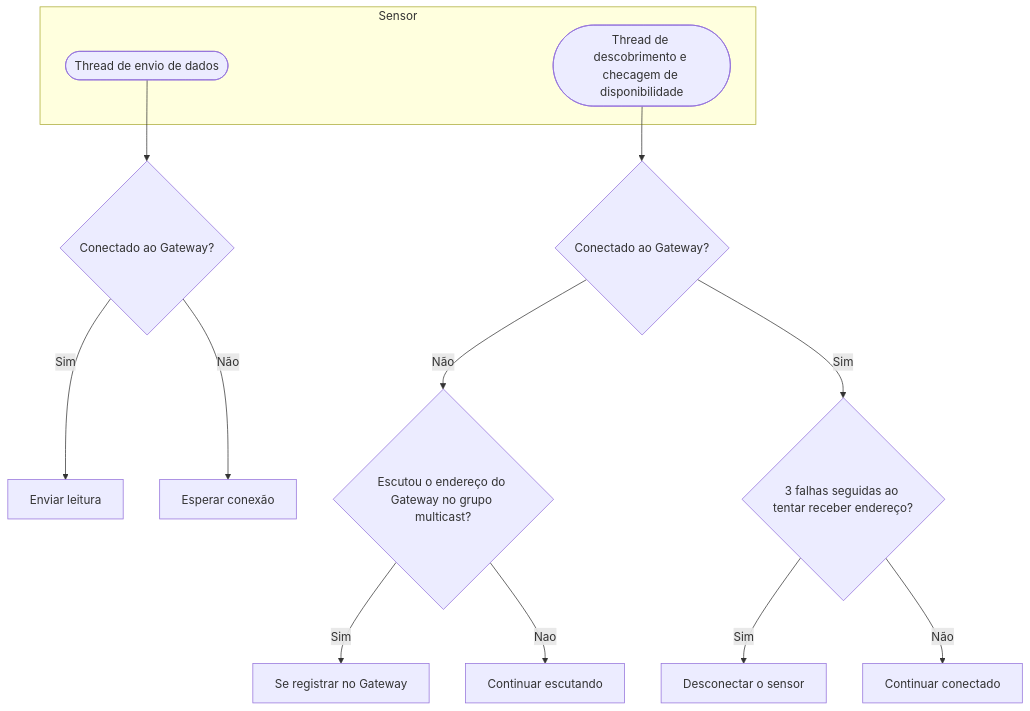
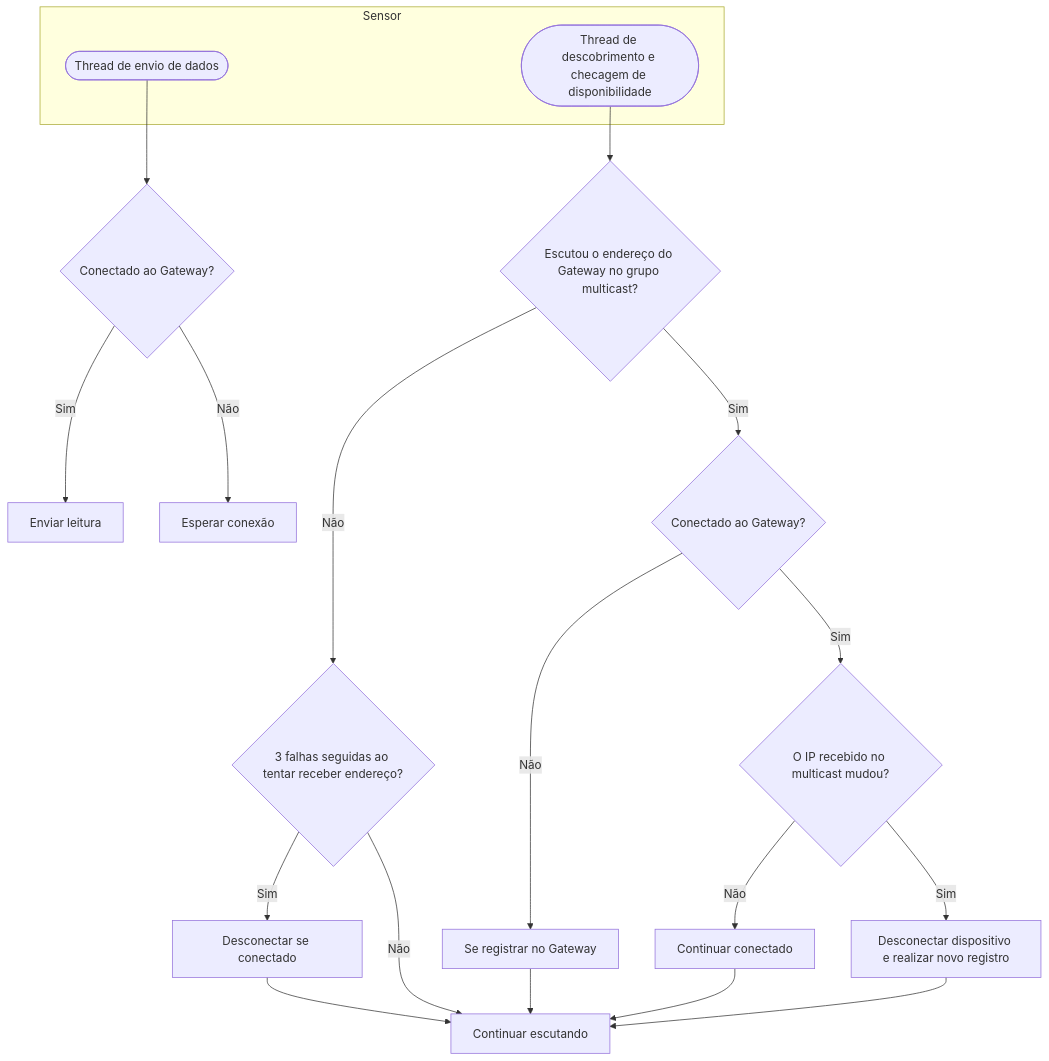
The second of 3 diagrams in README.md (nelioasousa/cidade_inteligente), drawn with Mermaid before and after one commit. The commit also changed other lines of this file, not shown here.

Commit message:
Melhorar diagramas

````diff
--- a/README.md
+++ b/README.md
@@ -73,31 +73,39 @@
 ```mermaid
 flowchart TD
     subgraph Sensor
         envio([Thread de envio de dados])
         descobrimento([Thread de descobrimento e checagem de disponibilidade])
     end
 
     enviar[Enviar leitura]
     esperar[Esperar conexão]
     conectar[Se registrar no Gateway]
-    desconectar[Desconectar o sensor]
+    desconectar[Desconectar dispositivo e realizar novo registro]
+    desconectar_se[Desconectar se conectado]
     continuar[Continuar escutando]
-    continuar2[Continuar conectado]
+    continuar_conn[Continuar conectado]
 
-    descp1{Conectado ao Gateway?}
-    descp2{Escutou o endereço do Gateway no grupo multicast?}
-    descp3{3 falhas seguidas ao tentar receber endereço?}
+    perg_conn{Conectado ao Gateway?}
+    perg_escutou{Escutou o endereço do Gateway no grupo multicast?}
+    perg_realocar{O IP recebido no multicast mudou?}
+    perg_falhas{3 falhas seguidas ao tentar receber endereço?}
 
-    descobrimento-->descp1
-    descp1-->|Não|descp2
-    descp1-->|Sim|descp3
-    descp3-->|Sim|desconectar
-    descp3-->|Não|continuar2
-    descp2-->|Sim|conectar
-    descp2-->|Nao|continuar
+    descobrimento-->perg_escutou
+    perg_escutou-->|Não|perg_falhas
+    perg_escutou-->|Sim|perg_conn
+    perg_falhas-->|Sim|desconectar_se
+    desconectar_se-->continuar
+    perg_falhas-->|Não|continuar
+    perg_conn-->|Não|conectar
+    conectar-->continuar
+    perg_conn-->|Sim|perg_realocar
+    perg_realocar-->|Não|continuar_conn
+    continuar_conn-->continuar
+    perg_realocar-->|Sim|desconectar
+    desconectar-->continuar
 
     envio-->envp1
     envp1{Conectado ao Gateway?}
     envp1-->|Sim|enviar
     envp1-->|Não|esperar
 ```
````
